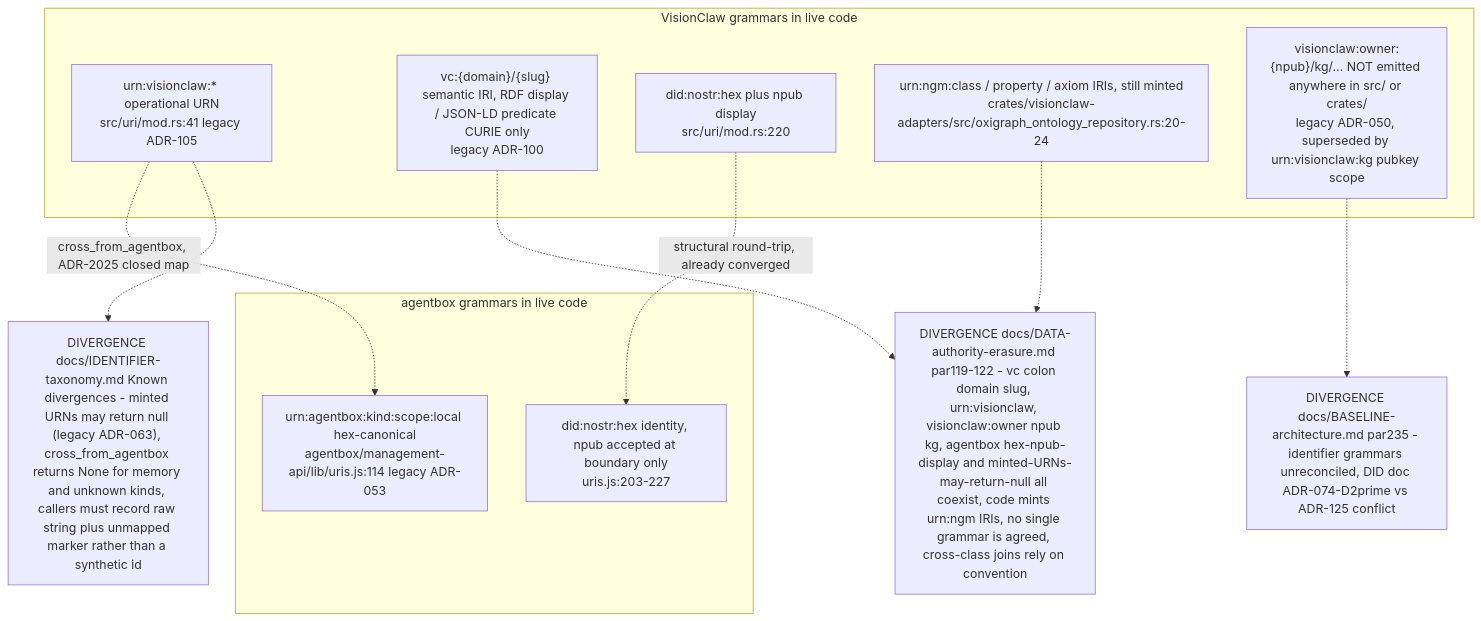
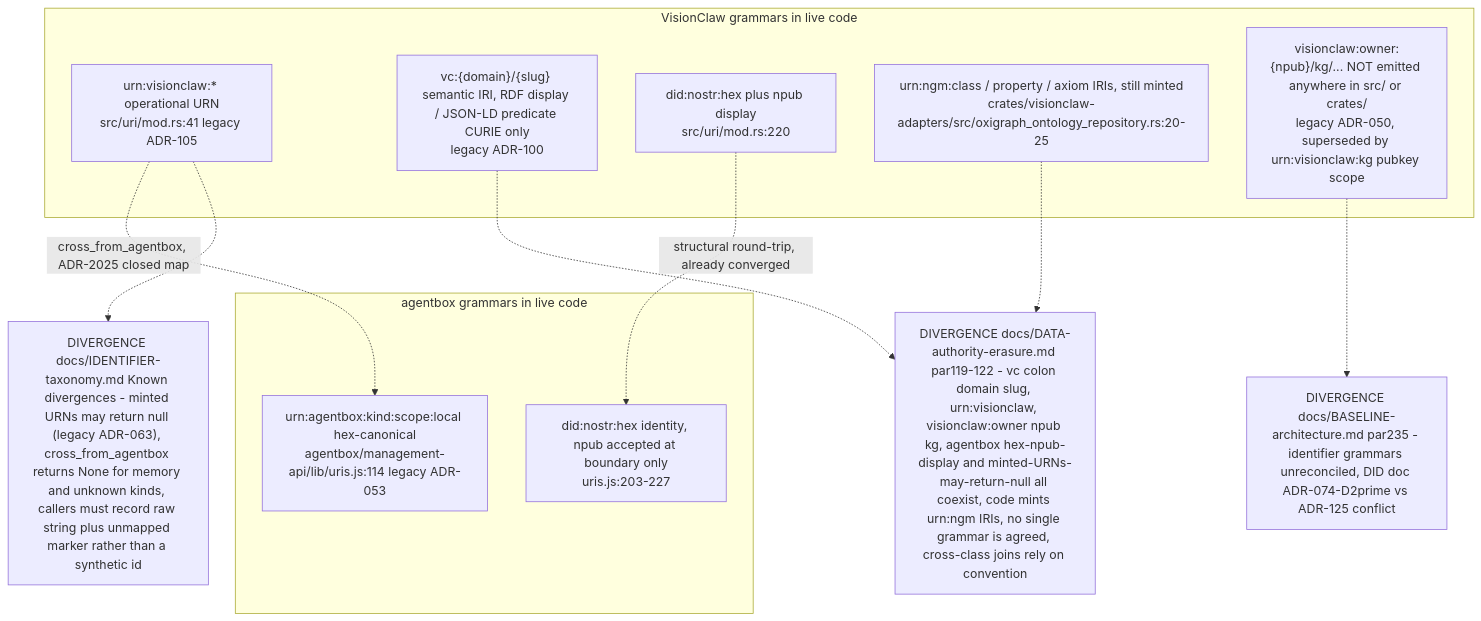
The tenth of 10 diagrams in docs/diagrams/estate/03-cross-repo-federation-contract.md (DreamLab-AI/AR-AI-Knowledge-Graph), drawn with Mermaid before and after one commit. The commit also changed other lines of this file and 73 other files, not shown here.

First line of the commit message:
docs(diagrams): re-verify all 71 topic files against HEAD; add --cite-check

````diff
--- a/docs/diagrams/estate/03-cross-repo-federation-contract.md
+++ b/docs/diagrams/estate/03-cross-repo-federation-contract.md
@@ -422,23 +422,23 @@
 ```mermaid
 flowchart TD
     subgraph VC["VisionClaw grammars in live code"]
         G1["urn:visionclaw:* operational URN<br/>src/uri/mod.rs:41 legacy ADR-105"]
         G2["vc:{domain}/{slug} semantic IRI, RDF display / JSON-LD predicate CURIE only<br/>legacy ADR-100"]
         G3["did:nostr:hex plus npub display<br/>src/uri/mod.rs:220"]
-        G4["urn:ngm:class / property / axiom IRIs, still minted<br/>crates/visionclaw-adapters/src/oxigraph_ontology_repository.rs:20-24"]
+        G4["urn:ngm:class / property / axiom IRIs, still minted<br/>crates/visionclaw-adapters/src/oxigraph_ontology_repository.rs:20-25"]
         G5["visionclaw:owner:{npub}/kg/... NOT emitted anywhere in src/ or crates/<br/>legacy ADR-050, superseded by urn:visionclaw:kg pubkey scope"]
     end
     subgraph AB["agentbox grammars in live code"]
         G6["urn:agentbox:kind:scope:local hex-canonical<br/>agentbox/management-api/lib/uris.js:114 legacy ADR-053"]
         G7["did:nostr:hex identity, npub accepted at boundary only<br/>uris.js:203-227"]
     end
     G1 -. "cross_from_agentbox, ADR-2025 closed map" .-> G6
     G3 -. "structural round-trip, already converged" .-> G7
     NOTE1["DIVERGENCE docs/DATA-authority-erasure.md par119-122 - vc colon domain slug, urn:visionclaw, visionclaw:owner npub kg, agentbox hex-npub-display and minted-URNs-may-return-null all coexist, code mints urn:ngm IRIs, no single grammar is agreed, cross-class joins rely on convention"]
     NOTE2["DIVERGENCE docs/BASELINE-architecture.md par235 - identifier grammars unreconciled, DID doc ADR-074-D2prime vs ADR-125 conflict"]
     NOTE3["DIVERGENCE docs/IDENTIFIER-taxonomy.md Known divergences - minted URNs may return null (legacy ADR-063), cross_from_agentbox returns None for memory and unknown kinds, callers must record raw string plus unmapped marker rather than a synthetic id"]
     G4 -.-> NOTE1
     G2 -.-> NOTE1
     G5 -.-> NOTE2
     G1 -.-> NOTE3
 ```
````
